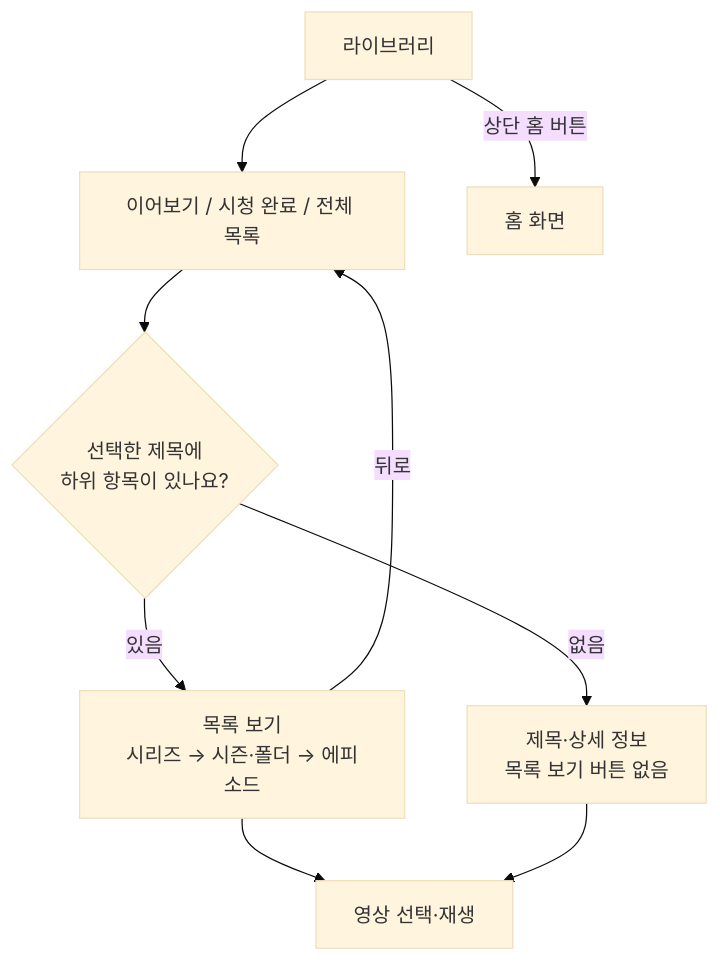
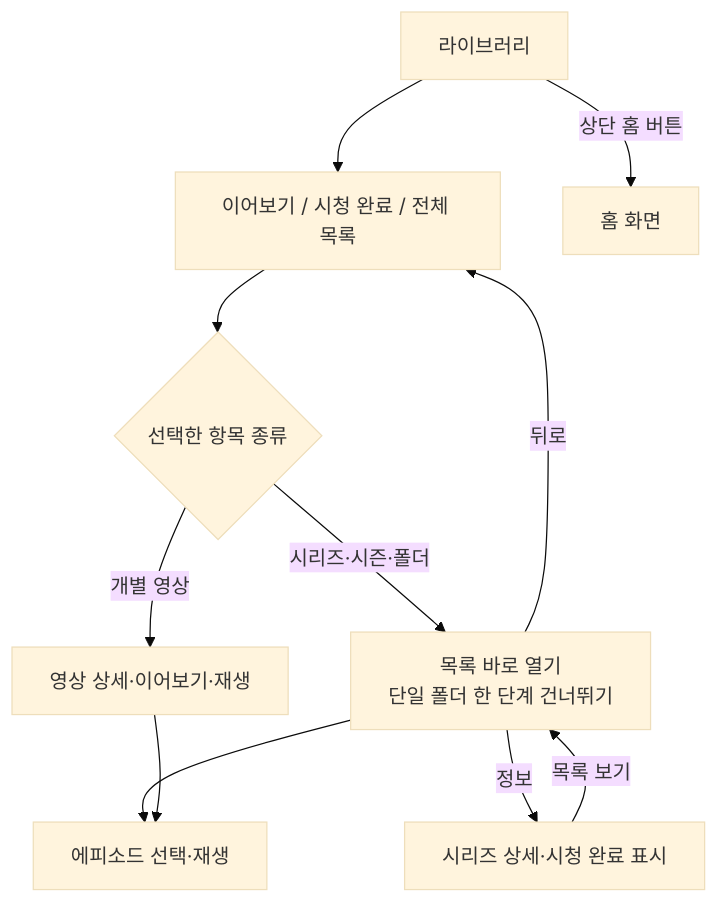
The third of 9 diagrams in USER_GUIDE.md (bluemirr8520-lgtm/plex-play-universal-updates), drawn with Mermaid (base theme) before and after one commit. The commit also changed other lines of this file and 10 other files, not shown here.

````diff
--- a/USER_GUIDE.md
+++ b/USER_GUIDE.md
@@ -148,11 +152,13 @@
 ```mermaid
 flowchart TD
     A["라이브러리"] --> B["이어보기 / 시청 완료 / 전체 목록"]
-    B --> C{"선택한 제목에<br/>하위 항목이 있나요?"}
-    C -->|있음| D["목록 보기<br/>시리즈 → 시즌·폴더 → 에피소드"]
-    C -->|없음| E["제목·상세 정보<br/>목록 보기 버튼 없음"]
-    D --> F["영상 선택·재생"]
+    B --> C{"선택한 항목 종류"}
+    C -->|시리즈·시즌·폴더| D["목록 바로 열기<br/>단일 폴더 한 단계 건너뛰기"]
+    C -->|개별 영상| E["영상 상세·이어보기·재생"]
+    D --> F["에피소드 선택·재생"]
     E --> F
+    D -->|정보| I["시리즈 상세·시청 완료 표시"]
+    I -->|목록 보기| D
     D -->|뒤로| B
     A -->|상단 홈 버튼| H["홈 화면"]
 ```
````
